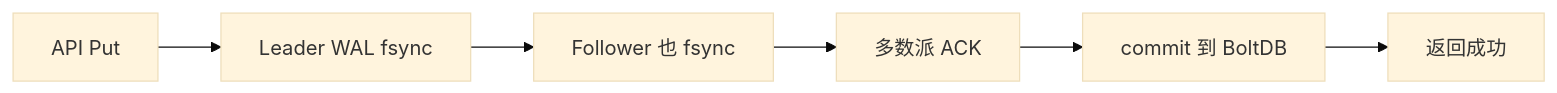
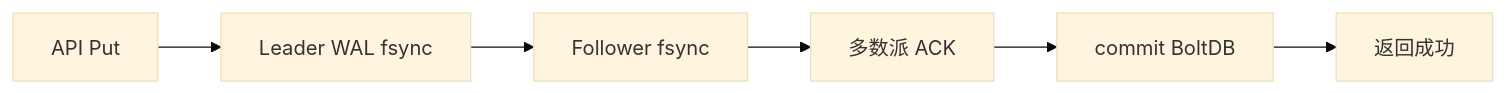
Before and after one commit to ml-cuizijun/LearnToLilith: the fifth of 9 diagrams in 04-Kubernetes/02-etcd/知识点.md, drawn with Mermaid (base theme). The commit also changed other lines of this file and 107 other files, not shown here.

````diff
--- a/04-Kubernetes/02-etcd/知识点.md
+++ b/04-Kubernetes/02-etcd/知识点.md
@@ -240,8 +323,8 @@
 ```mermaid
 flowchart LR
     A[API Put] --> B[Leader WAL fsync]
-    B --> C[Follower 也 fsync]
+    B --> C[Follower fsync]
     C --> D[多数派 ACK]
-    D --> E[commit 到 BoltDB]
+    D --> E[commit BoltDB]
     E --> F[返回成功]
 ```
````
